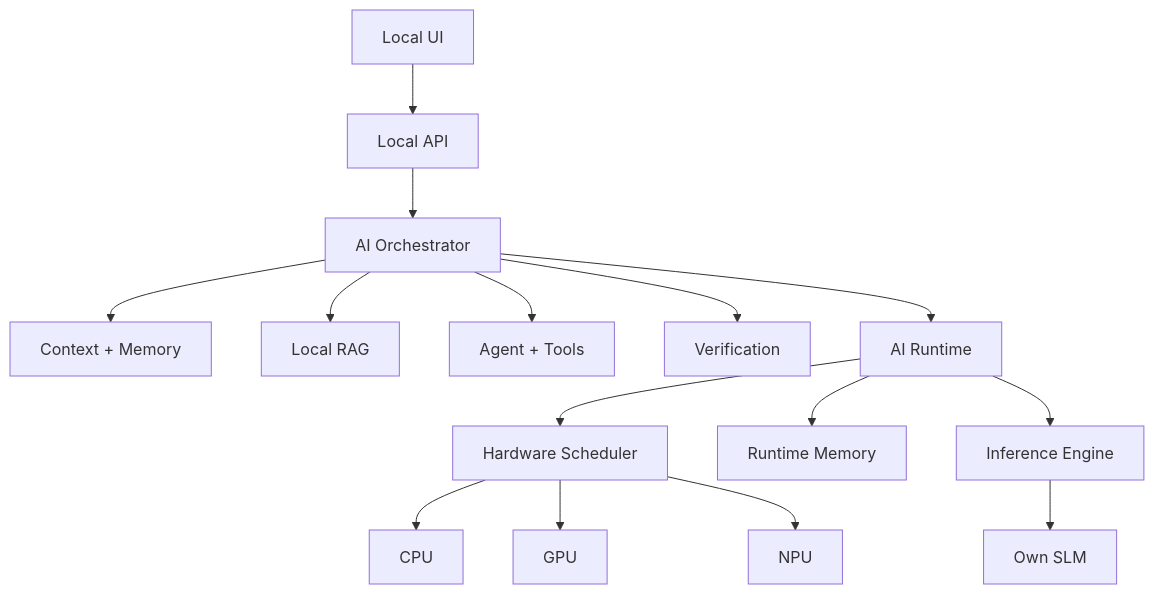
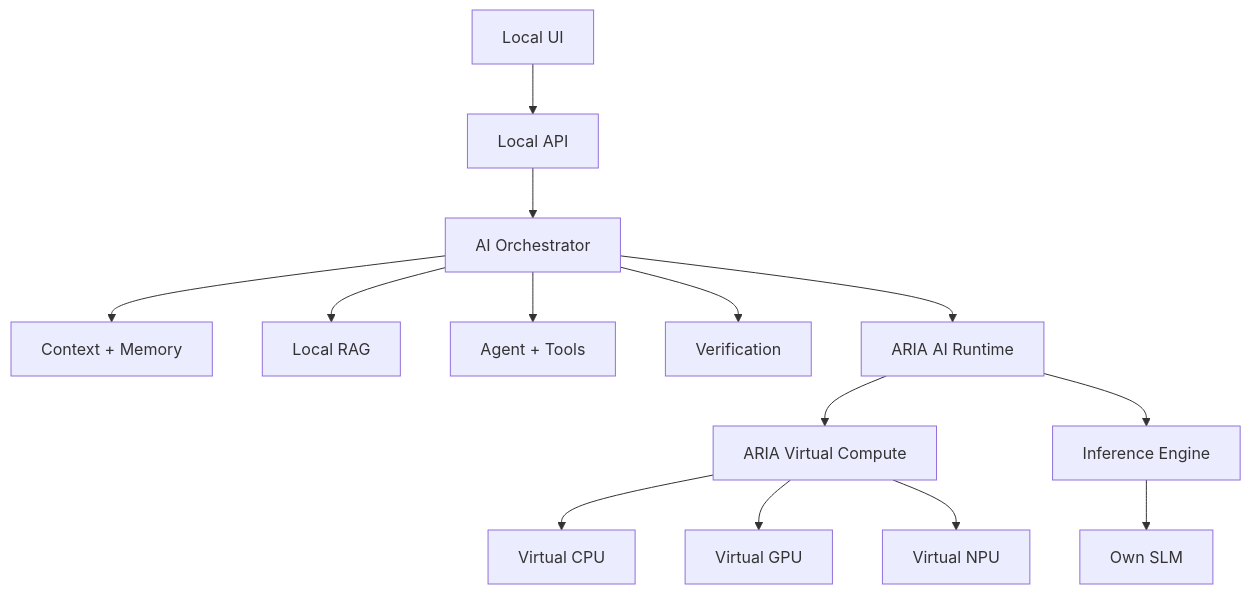
One commit to chamanvashishth/ARIA changed the diagram in README.md. Above: the diagram before and after it, drawn with Mermaid. The commit also changed other lines of this file and 9 other files, not shown here.

Commit message:
feat: establish ARIA virtual compute foundation

````diff
--- a/README.md
+++ b/README.md
@@ -21,17 +21,16 @@
 ```mermaid
 flowchart TD
     UI["Local UI"] --> API["Local API"]
     API --> ORCH["AI Orchestrator"]
     ORCH --> CTX["Context + Memory"]
     ORCH --> RAG["Local RAG"]
     ORCH --> AGENT["Agent + Tools"]
     ORCH --> VERIFY["Verification"]
-    ORCH --> RT["AI Runtime"]
-    RT --> SCHED["Hardware Scheduler"]
-    RT --> MEM["Runtime Memory"]
+    ORCH --> RT["ARIA AI Runtime"]
+    RT --> COMPUTE["ARIA Virtual Compute"]
+    COMPUTE --> VCPU["Virtual CPU"]
+    COMPUTE --> VGPU["Virtual GPU"]
+    COMPUTE --> VNPU["Virtual NPU"]
     RT --> INF["Inference Engine"]
     INF --> SLM["Own SLM"]
-    SCHED --> CPU["CPU"]
-    SCHED --> GPU["GPU"]
-    SCHED --> NPU["NPU"]
 ```
````
